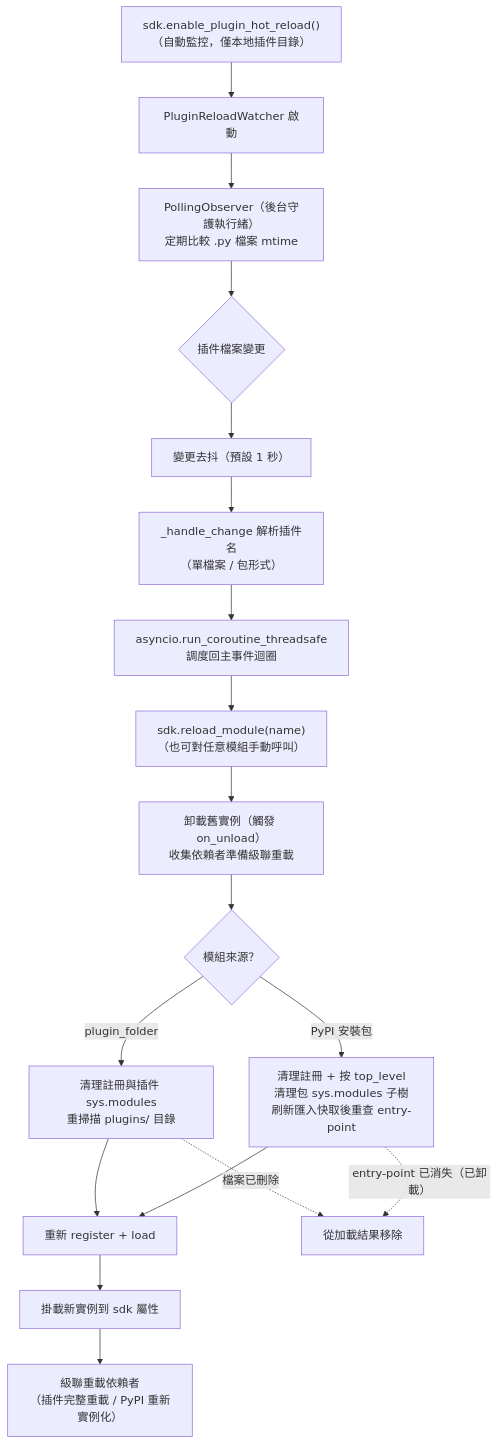
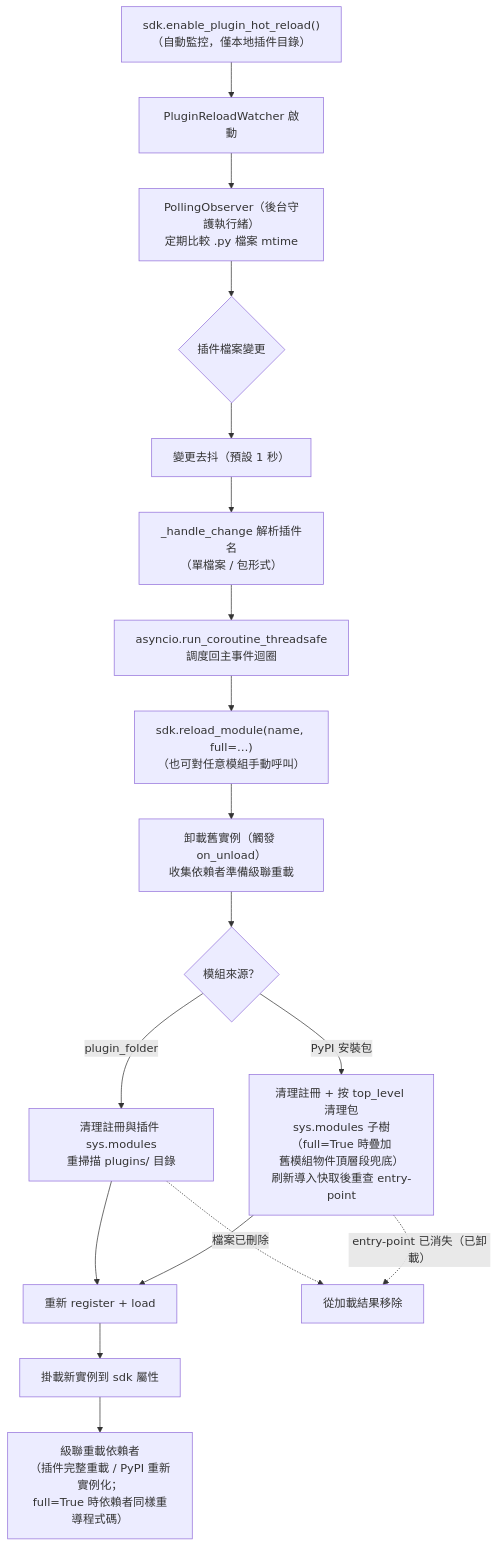
Before and after one commit to ErisPulse/ErisPulse: the ninth of 9 diagrams in docs/zh-TW/architecture.md, drawn with Mermaid. The commit also changed other lines of this file and 79 other files, not shown here.

````diff
--- a/docs/zh-TW/architecture.md
+++ b/docs/zh-TW/architecture.md
@@ -283,20 +283,20 @@
 ```mermaid
 flowchart TD
     A["sdk.enable_plugin_hot_reload()<br/>（自動監控，僅本地插件目錄）"] --> B["PluginReloadWatcher 啟動"]
     B --> C["PollingObserver（後台守護執行緒）<br/>定期比較 .py 檔案 mtime"]
     C --> D{"插件檔案變更"}
     D --> E["變更去抖（預設 1 秒）"]
     E --> F["_handle_change 解析插件名<br/>（單檔案 / 包形式）"]
     F --> G["asyncio.run_coroutine_threadsafe<br/>調度回主事件迴圈"]
-    G --> H["sdk.reload_module(name)<br/>（也可對任意模組手動呼叫）"]
+    G --> H["sdk.reload_module(name, full=…)<br/>（也可對任意模組手動呼叫）"]
     H --> I["卸載舊實例（觸發 on_unload）<br/>收集依賴者準備級聯重載"]
     I --> J{"模組來源？"}
     J -->|"plugin_folder"| K["清理註冊與插件 sys.modules<br/>重掃描 plugins/ 目錄"]
-    J -->|"PyPI 安裝包"| L["清理註冊 + 按 top_level<br/>清理包 sys.modules 子樹<br/>刷新匯入快取後重查 entry-point"]
+    J -->|"PyPI 安裝包"| L["清理註冊 + 按 top_level 清理包<br/>sys.modules 子樹（full=True 時疊加<br/>舊模組物件頂層段兜底）<br/>刷新導入快取後重查 entry-point"]
     K --> M["重新 register + load"]
     L --> M
     M --> N["掛載新實例到 sdk 屬性"]
-    N --> O["級聯重載依賴者<br/>（插件完整重載 / PyPI 重新實例化）"]
+    N --> O["級聯重載依賴者<br/>（插件完整重載 / PyPI 重新實例化；<br/>full=True 時依賴者同樣重導程式碼）"]
     K -.->|"檔案已刪除"| P["從加載結果移除"]
     L -.->|"entry-point 已消失（已卸載）"| P
 ```
````
